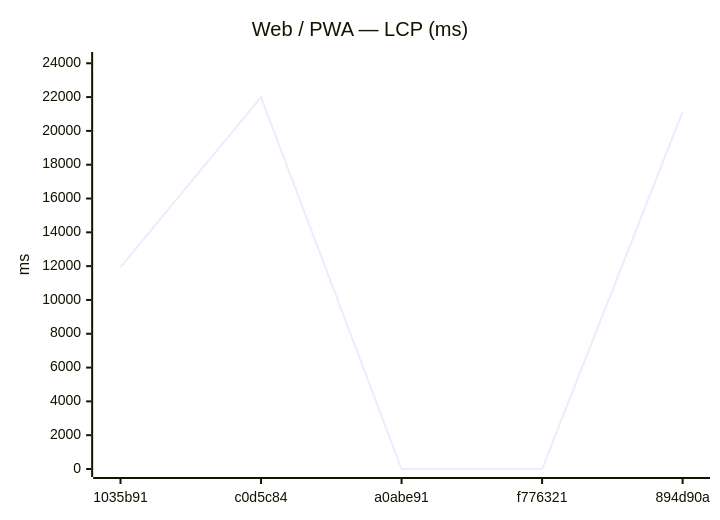
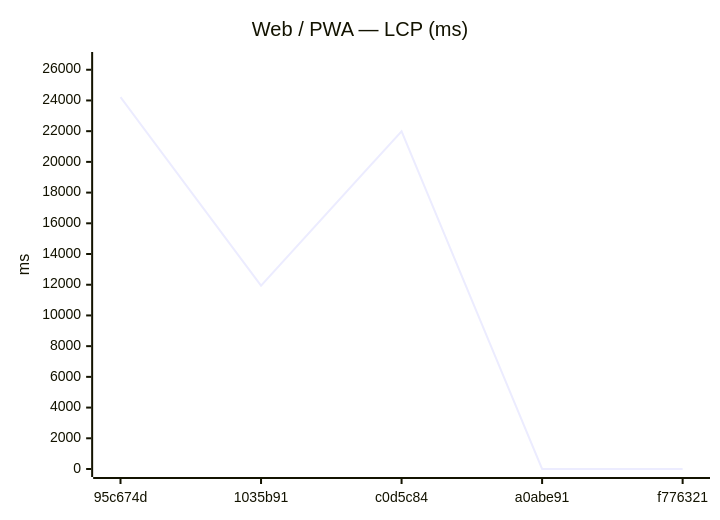
One commit to Metaheurist/Rianell changed the seventh of 18 diagrams in benchmarks/compare.md. Above: the diagram before and after it, drawn with Mermaid. The commit also changed other lines of this file and 11 other files, not shown here.

````diff
--- a/benchmarks/compare.md
+++ b/benchmarks/compare.md
@@ -117,7 +117,7 @@
 ```mermaid
 xychart-beta
     title "Web / PWA — LCP (ms)"
-    x-axis ["1035b91", "c0d5c84", "a0abe91", "f776321", "894d90a"]
-    y-axis "ms" 0 --> 24194
-    line [11936, 21994, 0, 0, 21131]
+    x-axis ["95c674d", "1035b91", "c0d5c84", "a0abe91", "f776321"]
+    y-axis "ms" 0 --> 26635
+    line [24213, 11936, 21994, 0, 0]
 ```
````
